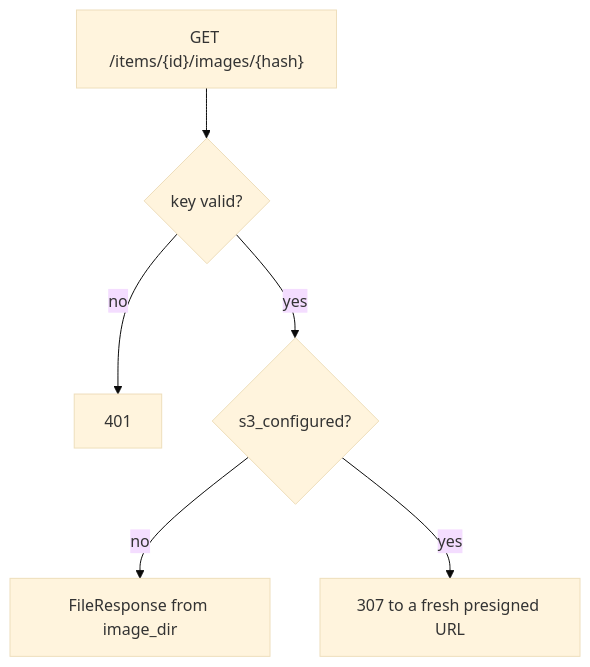
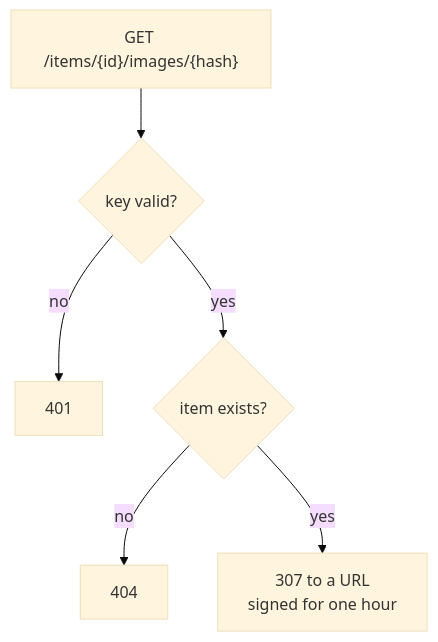
One commit to asermax/nagara changed the third of 3 diagrams in docs/technical-design/persistence-and-storage.md. Above: the diagram before and after it, drawn with Mermaid (base theme). The commit also changed other lines of this file and 18 other files, not shown here.

````diff
--- a/docs/technical-design/persistence-and-storage.md
+++ b/docs/technical-design/persistence-and-storage.md
@@ -107,8 +119,8 @@
 ```mermaid
 flowchart TD
     R["GET /items/{id}/images/{hash}"] --> K{"key valid?"}
     K -->|no| E["401"]
-    K -->|yes| C{"s3_configured?"}
-    C -->|no| F["FileResponse from image_dir"]
-    C -->|yes| P["307 to a fresh presigned URL"]
+    K -->|yes| I{"item exists?"}
+    I -->|no| N["404"]
+    I -->|yes| P["307 to a URL<br/>signed for one hour"]
 ```
````
